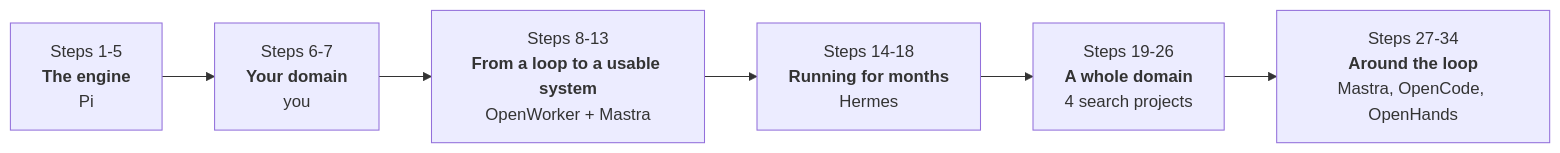
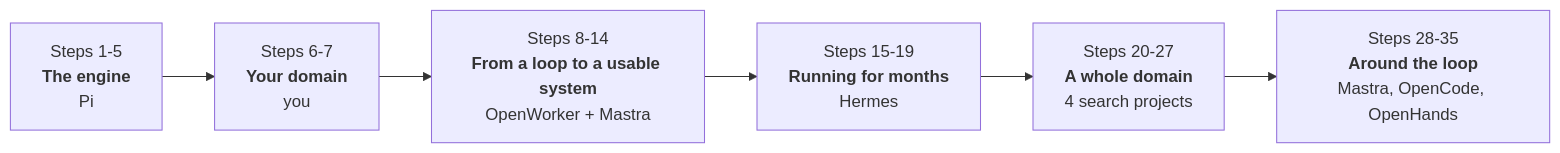
One commit to whereissam/learn-agent-engineering-from-production changed the second of 2 diagrams in README.md. Above: the diagram before and after it, drawn with Mermaid. The commit also changed other lines of this file and 11 other files, not shown here.

````diff
--- a/README.md
+++ b/README.md
@@ -70,8 +70,8 @@
 ```mermaid
 flowchart LR
     P1["Steps 1-5<br/><b>The engine</b><br/>Pi"] --> P2["Steps 6-7<br/><b>Your domain</b><br/>you"]
-    P2 --> P3["Steps 8-13<br/><b>From a loop to a usable system</b><br/>OpenWorker + Mastra"]
-    P3 --> P4["Steps 14-18<br/><b>Running for months</b><br/>Hermes"]
-    P4 --> P5["Steps 19-26<br/><b>A whole domain</b><br/>4 search projects"]
-    P5 --> P6["Steps 27-34<br/><b>Around the loop</b><br/>Mastra, OpenCode, OpenHands"]
+    P2 --> P3["Steps 8-14<br/><b>From a loop to a usable system</b><br/>OpenWorker + Mastra"]
+    P3 --> P4["Steps 15-19<br/><b>Running for months</b><br/>Hermes"]
+    P4 --> P5["Steps 20-27<br/><b>A whole domain</b><br/>4 search projects"]
+    P5 --> P6["Steps 28-35<br/><b>Around the loop</b><br/>Mastra, OpenCode, OpenHands"]
 ```
````
